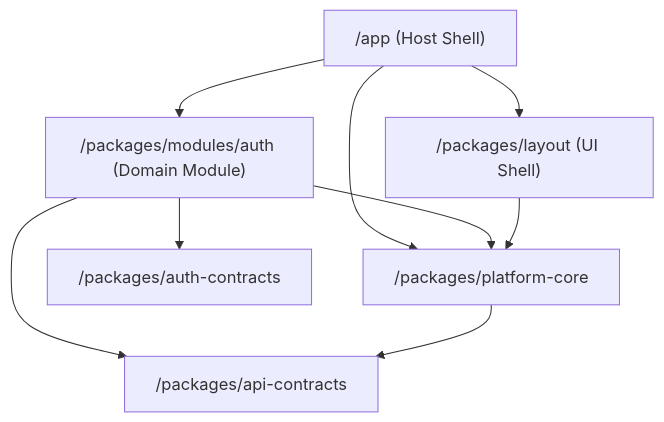
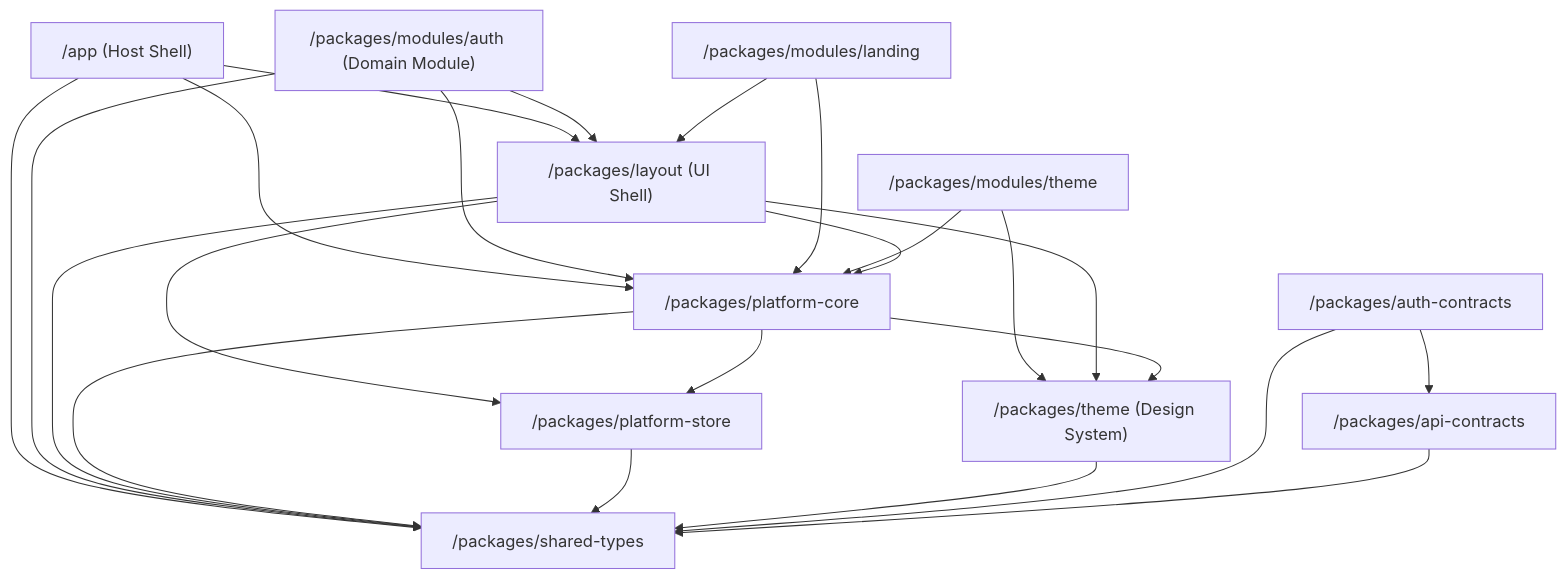
The first of 2 diagrams in analysis/developer-onboarding-guide.md (God-Lion/cap-boilerplaite), drawn with Mermaid before and after one commit. The commit also changed other lines of this file and 34 other files, not shown here.

Commit message:
docs: add package READMEs, technical analysis documents, and project architecture guides to improve onboarding and documentation.

````diff
--- a/analysis/developer-onboarding-guide.md
+++ b/analysis/developer-onboarding-guide.md
@@ -13,18 +13,37 @@
 ```mermaid
 graph TD
     APP["/app (Host Shell)"]
     CORE["/packages/platform-core"]
     LAYOUT["/packages/layout (UI Shell)"]
+    THEME["/packages/theme (Design System)"]
+    STORE["/packages/platform-store"]
+    TYPES["/packages/shared-types"]
     AUTH_MOD["/packages/modules/auth (Domain Module)"]
+    LANDING_MOD["/packages/modules/landing"]
+    THEME_MOD["/packages/modules/theme"]
     API["/packages/api-contracts"]
     AUTH_CONTRACTS["/packages/auth-contracts"]
 
     APP --> LAYOUT
-    APP --> AUTH_MOD
     APP --> CORE
+    APP --> TYPES
     AUTH_MOD --> CORE
-    AUTH_MOD --> AUTH_CONTRACTS
-    AUTH_MOD --> API
+    AUTH_MOD --> TYPES
+    AUTH_MOD --> LAYOUT
+    LANDING_MOD --> CORE
+    LANDING_MOD --> LAYOUT
+    THEME_MOD --> THEME
+    THEME_MOD --> CORE
+    LAYOUT --> THEME
+    LAYOUT --> TYPES
+    LAYOUT --> STORE
     LAYOUT --> CORE
-    CORE --> API
+    CORE --> TYPES
+    CORE --> STORE
+    CORE --> THEME
+    STORE --> TYPES
+    THEME --> TYPES
+    AUTH_CONTRACTS --> TYPES
+    AUTH_CONTRACTS --> API
+    API --> TYPES
 ```
````
